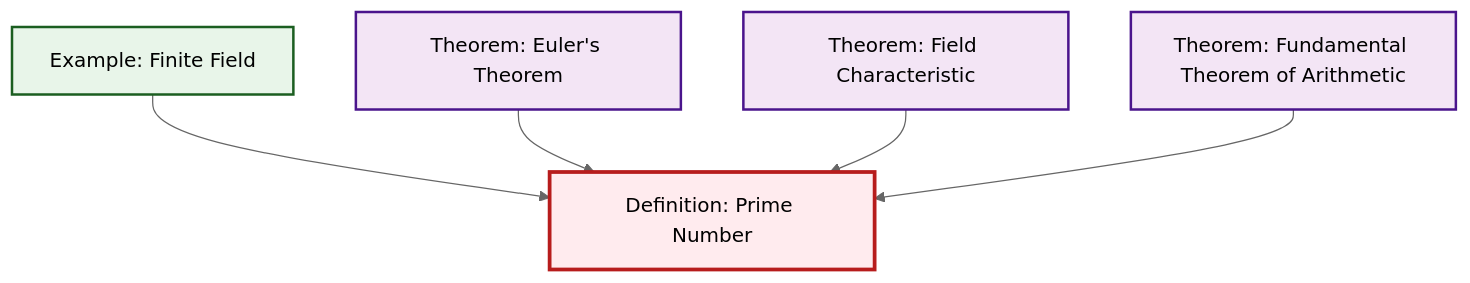
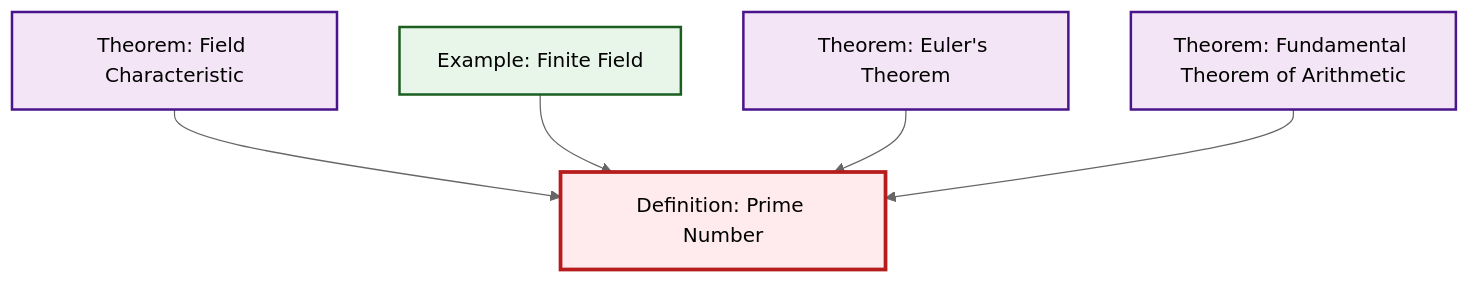
Before and after one commit to RK0429/ModernMath: the diagram in output/mermaid/def-prime.mermaid, drawn with Mermaid (neutral theme). The commit also changed other lines of this file and 151 other files, not shown here.

````diff
--- a/output/mermaid/def-prime.mermaid
+++ b/output/mermaid/def-prime.mermaid
@@ -1,19 +1,19 @@
 ```{mermaid}
 %%| fig-cap: "Local dependency graph"
 graph TD
     classDef definition fill:#e1f5fe,stroke:#01579b,stroke-width:2px
     classDef theorem fill:#f3e5f5,stroke:#4a148c,stroke-width:2px
     classDef axiom fill:#fff3e0,stroke:#e65100,stroke-width:2px
     classDef example fill:#e8f5e9,stroke:#1b5e20,stroke-width:2px
     classDef current fill:#ffebee,stroke:#b71c1c,stroke-width:3px
     thm-fundamental-arithmetic["Theorem: Fundamental Theorem of Arithmetic"]:::theorem
-    ex-finite-field["Example: Finite Field"]:::example
+    thm-field-characteristic["Theorem: Field Characteristic"]:::theorem
     def-prime["Definition: Prime Number"]:::definition
     thm-euler["Theorem: Euler's Theorem"]:::theorem
-    thm-field-characteristic["Theorem: Field Characteristic"]:::theorem
+    ex-finite-field["Example: Finite Field"]:::example
+    thm-field-characteristic --> def-prime
     ex-finite-field --> def-prime
     thm-euler --> def-prime
-    thm-field-characteristic --> def-prime
     thm-fundamental-arithmetic --> def-prime
     class def-prime current
 ```
````
